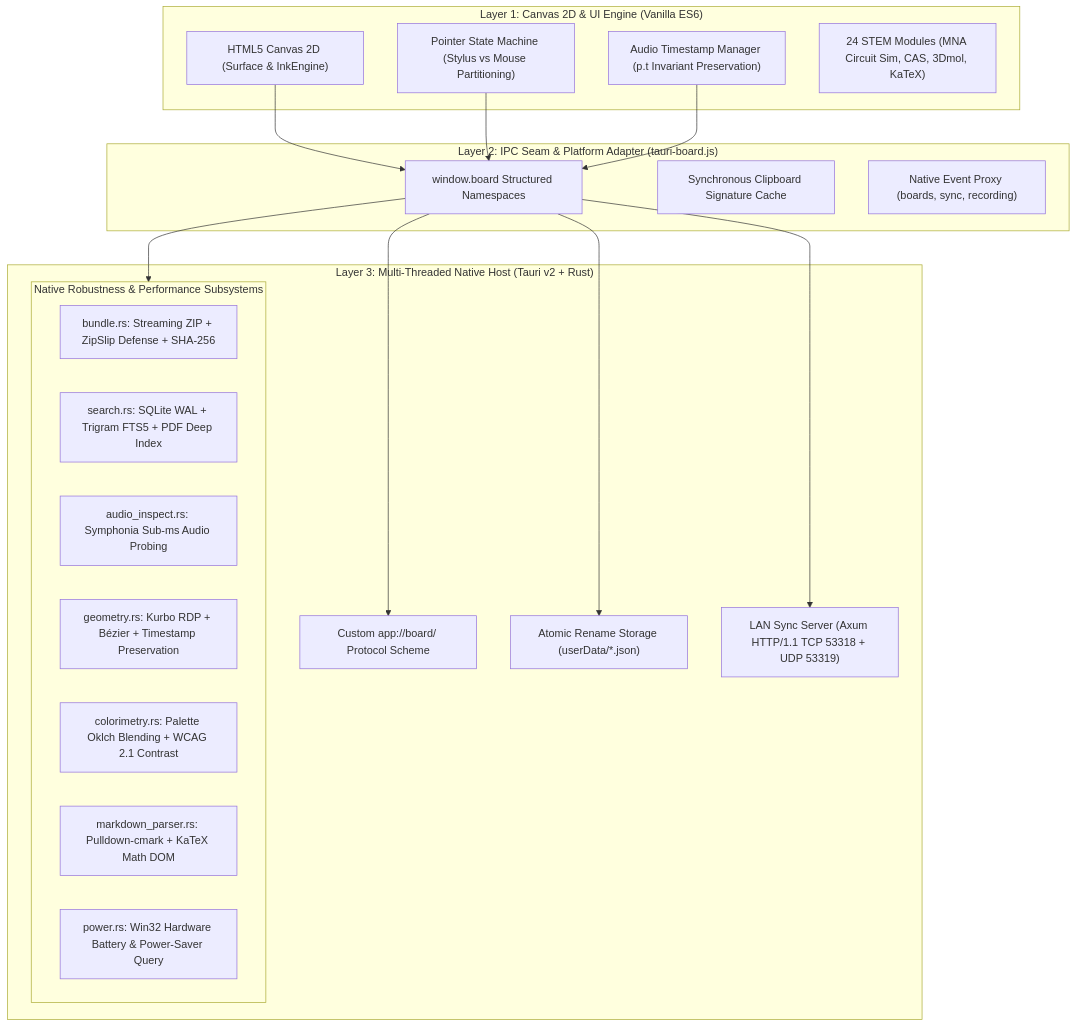
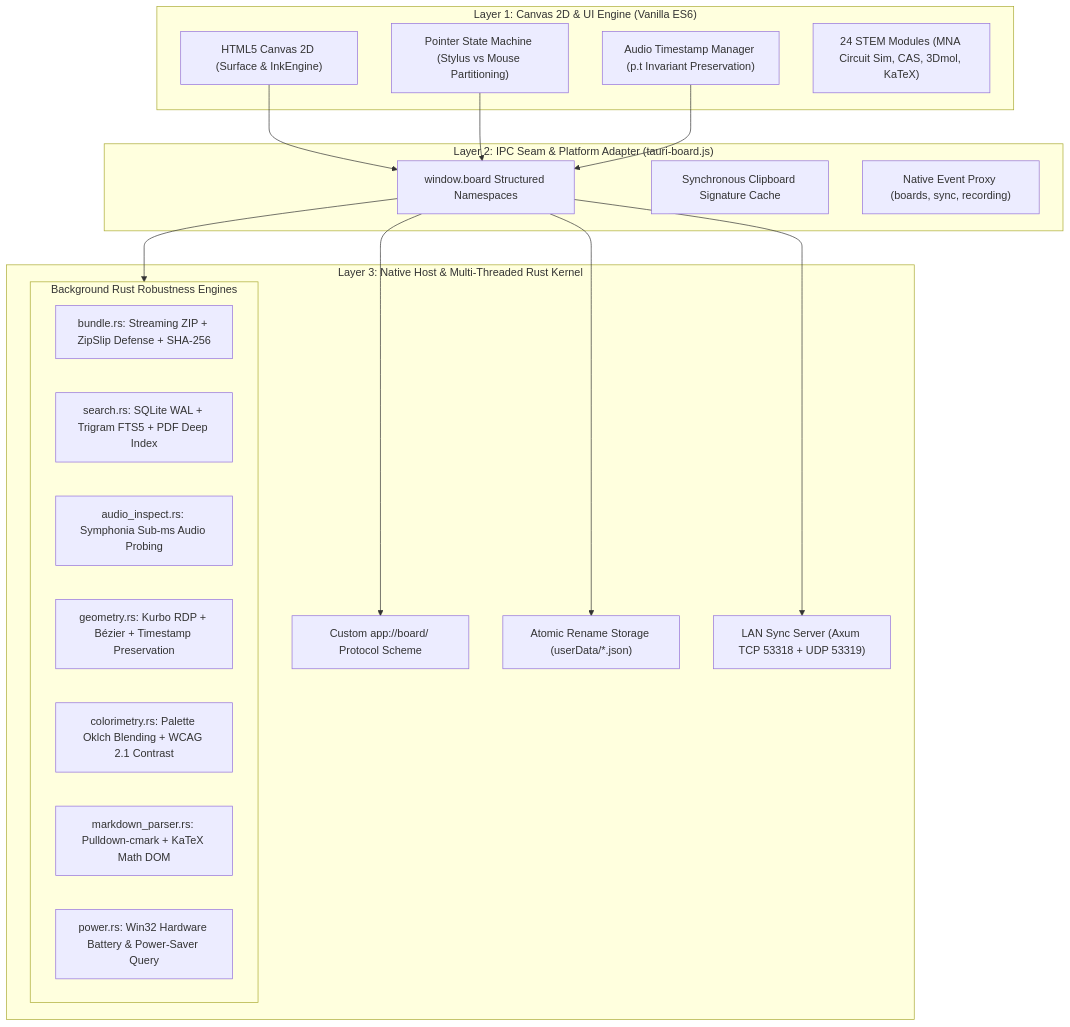
The diagram in docs/ADVANCED_NATIVE_ARCHITECTURE_ANALYSIS.md (Mostakim2005/gaussboard-rust-port), drawn with Mermaid before and after one commit. The commit also changed other lines of this file, not shown here.

Commit message:
docs(analysis): expand master native analysis with full BOM, current JS mechanics, and Argon decision matrix

````diff
--- a/docs/ADVANCED_NATIVE_ARCHITECTURE_ANALYSIS.md
+++ b/docs/ADVANCED_NATIVE_ARCHITECTURE_ANALYSIS.md
@@ -30,39 +85,39 @@
 ```mermaid
 flowchart TD
-    subgraph Layer1 ["Layer 1: Canvas 2D & UI Engine (Vanilla ES6)"]
+    subgraph L1 ["Layer 1: Canvas 2D & UI Engine (Vanilla ES6)"]
         Canvas["HTML5 Canvas 2D (Surface & InkEngine)"]
         Tools["Pointer State Machine (Stylus vs Mouse Partitioning)"]
         AudioClock["Audio Timestamp Manager (p.t Invariant Preservation)"]
         STEM["24 STEM Modules (MNA Circuit Sim, CAS, 3Dmol, KaTeX)"]
     end
 
-    subgraph Layer2 ["Layer 2: IPC Seam & Platform Adapter (tauri-board.js)"]
+    subgraph L2 ["Layer 2: IPC Seam & Platform Adapter (tauri-board.js)"]
         Bridge["window.board Structured Namespaces"]
         ClipCache["Synchronous Clipboard Signature Cache"]
         EventBus["Native Event Proxy (boards, sync, recording)"]
     end
 
-    subgraph Layer3 ["Layer 3: Multi-Threaded Native Host (Tauri v2 + Rust)"]
+    subgraph L3 ["Layer 3: Native Host & Multi-Threaded Rust Kernel"]
         CustomProto["Custom app://board/ Protocol Scheme"]
         DiskStorage["Atomic Rename Storage (userData/*.json)"]
-        LanAxum["LAN Sync Server (Axum HTTP/1.1 TCP 53318 + UDP 53319)"]
+        LanAxum["LAN Sync Server (Axum TCP 53318 + UDP 53319)"]
         
-        subgraph NativeEngines ["Native Robustness & Performance Subsystems"]
+        subgraph NativeEngines ["Background Rust Robustness Engines"]
             BundleEng["bundle.rs: Streaming ZIP + ZipSlip Defense + SHA-256"]
             SearchEng["search.rs: SQLite WAL + Trigram FTS5 + PDF Deep Index"]
             AudioEng["audio_inspect.rs: Symphonia Sub-ms Audio Probing"]
             GeomEng["geometry.rs: Kurbo RDP + Bézier + Timestamp Preservation"]
             ColorEng["colorimetry.rs: Palette Oklch Blending + WCAG 2.1 Contrast"]
             MdEng["markdown_parser.rs: Pulldown-cmark + KaTeX Math DOM"]
             PowerEng["power.rs: Win32 Hardware Battery & Power-Saver Query"]
         end
     end
 
     Canvas --> Bridge
     Tools --> Bridge
     AudioClock --> Bridge
     Bridge --> CustomProto
     Bridge --> DiskStorage
     Bridge --> LanAxum
     Bridge --> NativeEngines
 ```
````
